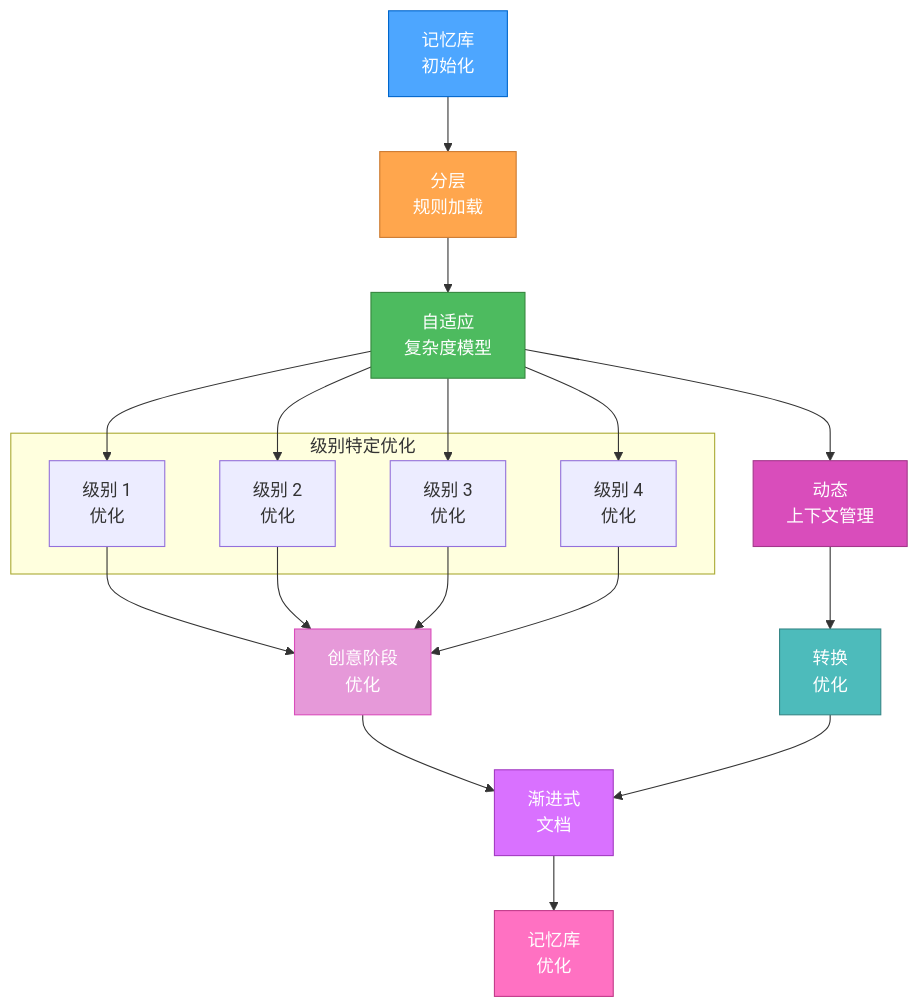
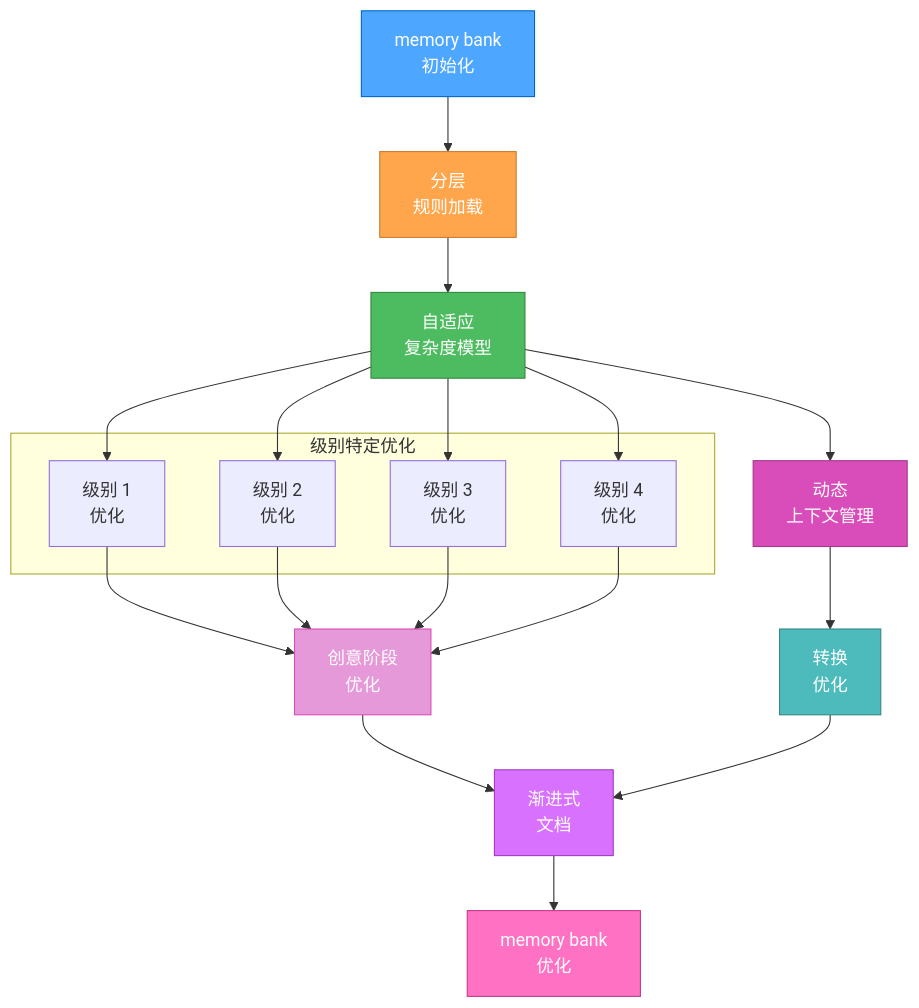
The first of 3 diagrams in .cursor/rules/isolation_rules/Core/optimization-integration.mdc (autel-lizhuohang/cursor-memory-bank-cn), drawn with Mermaid before and after one commit. The commit also changed other lines of this file and 33 other files, not shown here.

````diff
--- a/.cursor/rules/isolation_rules/Core/optimization-integration.mdc
+++ b/.cursor/rules/isolation_rules/Core/optimization-integration.mdc
@@ -13,32 +13,32 @@
 ```mermaid
 graph TD
-    Start["记忆库<br>初始化"] --> HRL["分层<br>规则加载"]
+    Start["memory bank<br>初始化"] --> HRL["分层<br>规则加载"]
     HRL --> ACM["自适应<br>复杂度模型"]
     ACM --> DCM["动态<br>上下文管理"]
     DCM --> TMO["转换<br>优化"]
 
     subgraph "级别特定优化"
         L1["级别 1<br>优化"]
         L2["级别 2<br>优化"]
         L3["级别 3<br>优化"]
         L4["级别 4<br>优化"]
     end
 
     ACM --> L1 & L2 & L3 & L4
 
     L1 & L2 & L3 & L4 --> CPO["创意阶段<br>优化"]
 
     CPO --> PDO["渐进式<br>文档"]
     TMO --> PDO
 
-    PDO --> MBO["记忆库<br>优化"]
+    PDO --> MBO["memory bank<br>优化"]
 
     style Start fill:#4da6ff,stroke:#0066cc,color:white
     style HRL fill:#ffa64d,stroke:#cc7a30,color:white
     style ACM fill:#4dbb5f,stroke:#36873f,color:white
     style DCM fill:#d94dbb,stroke:#a3378a,color:white
     style TMO fill:#4dbbbb,stroke:#368787,color:white
     style CPO fill:#e699d9,stroke:#d94dbb,color:white
     style PDO fill:#d971ff,stroke:#a33bc2,color:white
     style MBO fill:#ff71c2,stroke:#c23b8a,color:white
 ```
````
